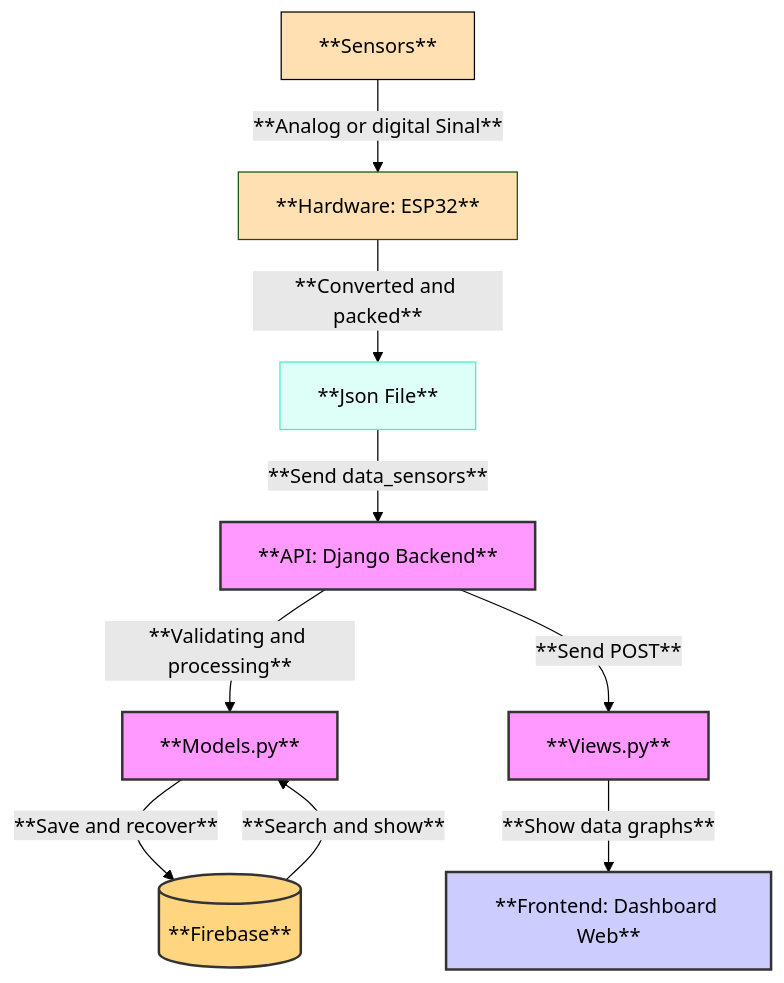
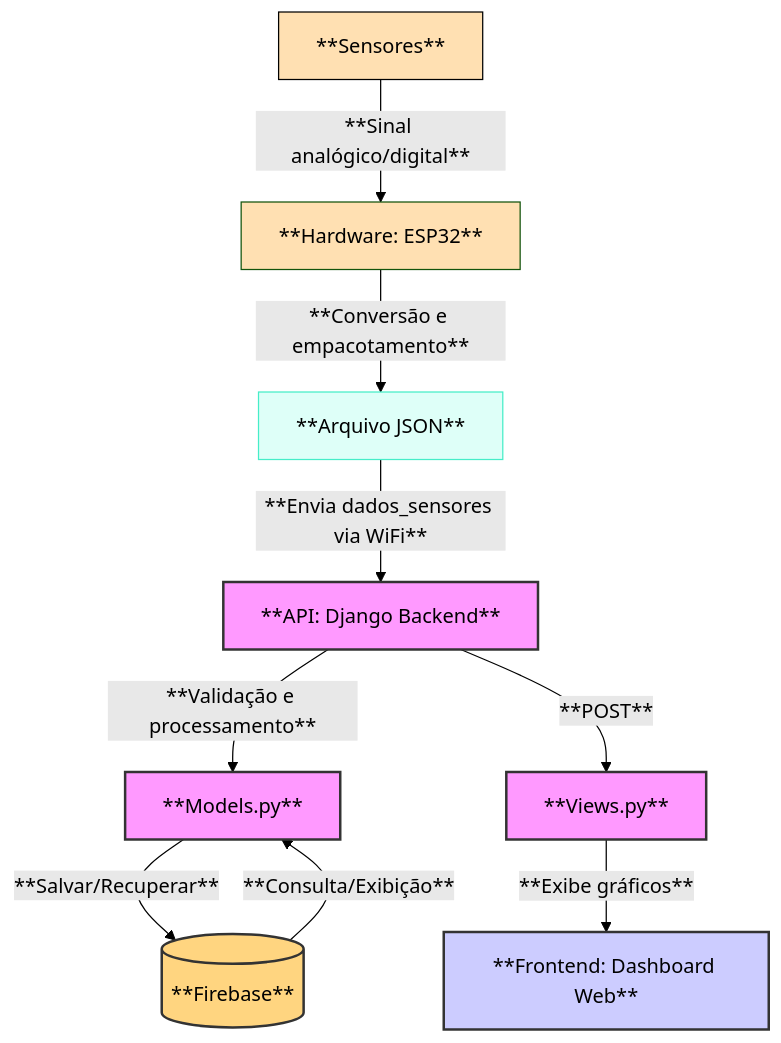
Before and after one commit to luizebaldoni/monitoramento-telhado-verde: the diagram in README.md, drawn with Mermaid (forest theme). The commit also changed other lines of this file and 2 other files, not shown here.

````diff
--- a/README.md
+++ b/README.md
@@ -38,36 +36,36 @@
 ```mermaid
 ---
 config:
   layout: fixed
 ---
 flowchart TD
-    E["**Views.py**"] -- **Show data graphs** --> A["**Frontend: Dashboard Web**"]
-    B["**API: Django Backend**"] -- **Validating and processing** --> C["**Models.py**"]
-    C -- **Save and recover** --> D[("**Firebase**")]
-    D -- **Search and show** --> C
-    B -- **Send POST** --> E
-    F["**Hardware: ESP32**"] -- **Converted and packed** --> H["**Json File**"]
-    H -- **Send data_sensors** --> B
-    G["**Sensors**"] -- **Analog or digital Sinal** --> F
-     E:::Backend
-     A:::Frontend
-     B:::Backend
-     C:::Backend
-     D:::Banco
-     F:::Hardware
-     H:::Aqua
-     G:::Hardware
+    G["**Sensores**"] -- **Sinal analógico/digital** --> F["**Hardware: ESP32**"]
+    F -- **Conversão e empacotamento** --> H["**Arquivo JSON**"]
+    H -- **Envia dados_sensores via WiFi** --> B["**API: Django Backend**"]
+    B -- **Validação e processamento** --> C["**Models.py**"]
+    C -- **Salvar/Recuperar** --> D[("**Firebase**")]
+    D -- **Consulta/Exibição** --> C
+    B -- **POST** --> E["**Views.py**"]
+    E -- **Exibe gráficos** --> A["**Frontend: Dashboard Web**"]
+    E:::Backend
+    A:::Frontend
+    B:::Backend
+    C:::Backend
+    D:::Banco
+    F:::Hardware
+    H:::Aqua
+    G:::Hardware
     classDef Backend fill:#f9f,stroke:#333,stroke-width:2px
     classDef Frontend fill:#ccf,stroke:#333,stroke-width:2px
     classDef Banco fill:#FFD580,stroke:#333,stroke-width:2px
     classDef Hardware fill:#FFE0B2, color:#000000
     classDef Aqua stroke-width:1px, stroke-dasharray:none, stroke:#46EDC8, fill:#DEFFF8, color:#378E7A
     style E color:#000000
-    style A color:#000000 
+    style A color:#000000
     style B color:#000000
     style C color:#000000
     style D color:#000000
     style F color:#000000
     style H color:#000000
     style G stroke:#000000,color:#000000
 ```
````
